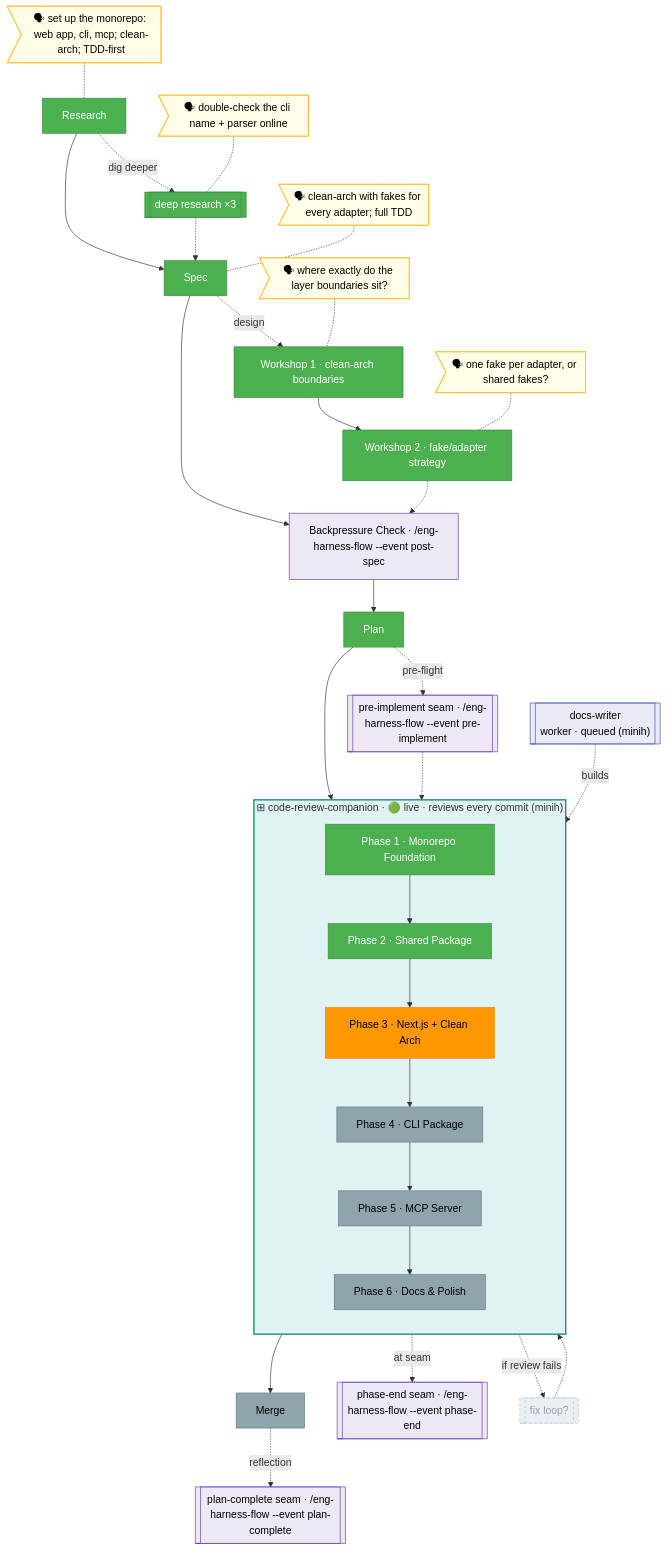
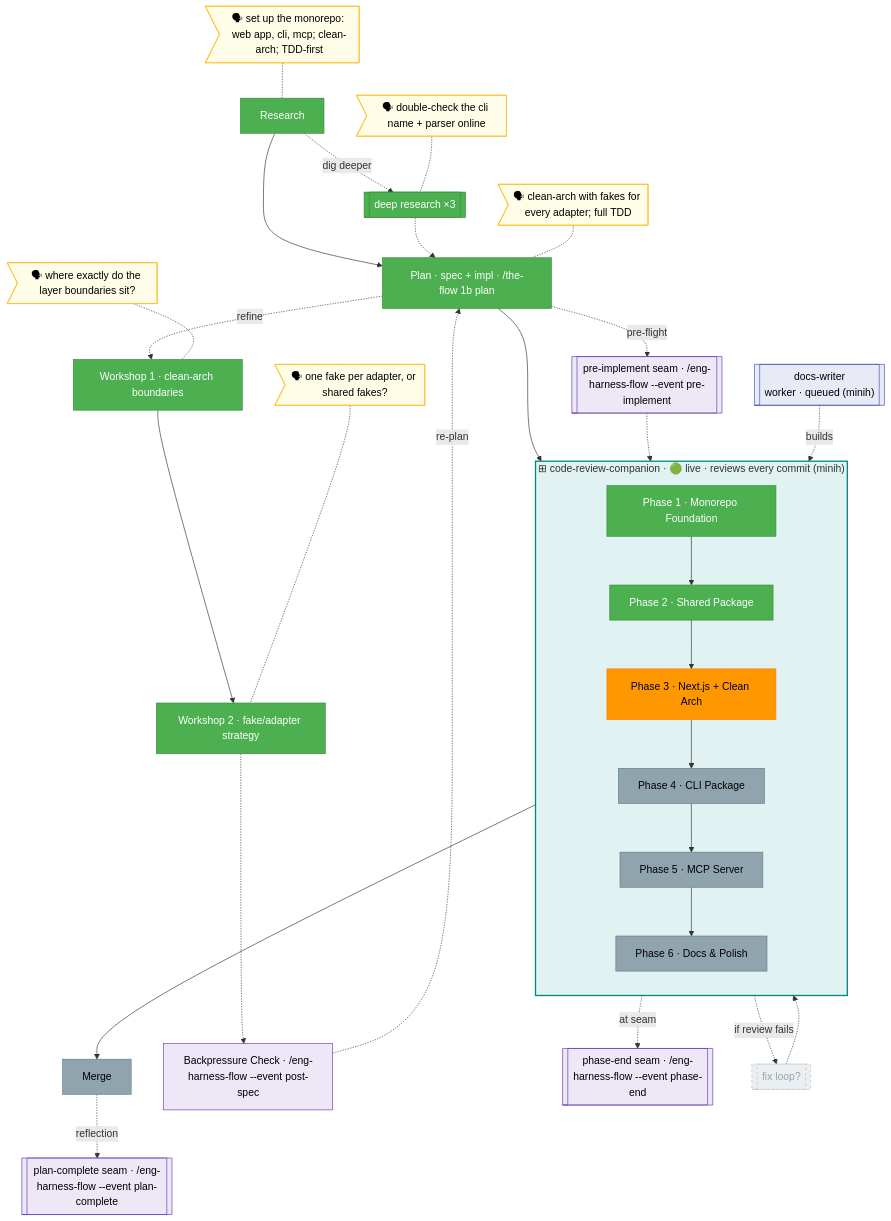
The diagram in skills/SDD/the-flow/references/flight-plan.template.md (jakkaj/tools), drawn with Mermaid before and after one commit. The commit also changed other lines of this file and 25 other files, not shown here.

````diff
--- a/skills/SDD/the-flow/references/flight-plan.template.md
+++ b/skills/SDD/the-flow/references/flight-plan.template.md
@@ -10,59 +10,60 @@
 ```mermaid
 flowchart TD
     classDef done    fill:#4CAF50,stroke:#388E3C,color:#fff
     classDef wip     fill:#FF9800,stroke:#F57C00,color:#000
     classDef blocked fill:#F44336,stroke:#D32F2F,color:#fff
     classDef known   fill:#90A4AE,stroke:#607D8B,color:#000
     classDef assumed fill:#ECEFF1,stroke:#B0BEC5,color:#90A4AE,stroke-dasharray:4 4
     classDef said    fill:#FFFDE7,stroke:#FBC02D,color:#000
     classDef companion fill:#E0F2F1,stroke:#00897B,color:#000
     classDef worker  fill:#E8EAF6,stroke:#3F51B5,color:#000
     classDef harness fill:#EDE7F6,stroke:#673AB7,color:#000
 
-    %% ── spine (vertical); the post-spec seam (Backpressure Check) sits between Spec and Plan; companion WRAPS the build phases ──
-    R[Research]:::done --> S[Spec]:::done --> BP["Backpressure Check · /eng-harness-flow --event post-spec"]:::harness --> PL[Plan]:::done
+    %% ── spine (vertical); the unified Plan node writes spec + impl in one pass; companion WRAPS the build phases ──
+    R[Research]:::done --> PL["Plan · spec + impl · /the-flow 1b plan"]:::done
 
     subgraph CRC["⊞ code-review-companion · 🟢 live · reviews every commit (minih)"]
         direction TB
         P1[Phase 1 · Monorepo Foundation]:::done --> P2[Phase 2 · Shared Package]:::done
         P2 --> P3[Phase 3 · Next.js + Clean Arch]:::wip --> P4[Phase 4 · CLI Package]:::known
         P4 --> P5[Phase 5 · MCP Server]:::known --> P6[Phase 6 · Docs & Polish]:::known
     end
     style CRC fill:#E0F2F1,stroke:#00897B,stroke-width:2px
 
     PL --> P1
     P6 --> M[Merge]:::known
 
     %% ── excursions: deep-research + each workshop as its own node ──
     R -.->|dig deeper| DR[["deep research ×3"]]:::done
-    DR -.-> S
-    S -.->|design| W1[Workshop 1 · clean-arch boundaries]:::done
+    DR -.-> PL
+    PL -.->|refine| W1[Workshop 1 · clean-arch boundaries]:::done
     W1 --> W2[Workshop 2 · fake/adapter strategy]:::done
-    W2 -.-> BP
+    W2 -.-> BP["Backpressure Check · /eng-harness-flow --event post-spec"]:::harness
+    BP -.->|re-plan| PL
 
     %% ── harness seam nodes (first-class; shown because the router IS installed — omit all when the Layer-1 probe misses) ──
     PL -.->|pre-flight| HB[["pre-implement seam · /eng-harness-flow --event pre-implement"]]:::harness
     HB -.-> P1
     P2 -.->|at seam| HR[["phase-end seam · /eng-harness-flow --event phase-end"]]:::harness
     M -.->|reflection| HH[["plan-complete seam · /eng-harness-flow --event plan-complete"]]:::harness
 
     %% ── assumed conditional ──
     P3 -.->|if review fails| FX[["fix loop?"]]:::assumed
     FX -.-> P4
 
     %% ── verbatim user-said bubbles (no detail hidden) ──
     UR>"🗣 set up the monorepo: web app, cli, mcp; clean-arch; TDD-first"]:::said
     UR -.- R
     UDR>"🗣 double-check the cli name + parser online"]:::said
     UDR -.- DR
     US>"🗣 clean-arch with fakes for every adapter; full TDD"]:::said
-    US -.- S
+    US -.- PL
     U1>"🗣 where exactly do the layer boundaries sit?"]:::said
     U1 -.- W1
     U2>"🗣 one fake per adapter, or shared fakes?"]:::said
     U2 -.- W2
 
     %% ── parallel agents (minih): companion WRAPS the phases (subgraph above); workers build a phase ──
     DOCW[["docs-writer<br/>worker · queued (minih)"]]:::worker
     DOCW -. builds .-> P6
 ```
````
